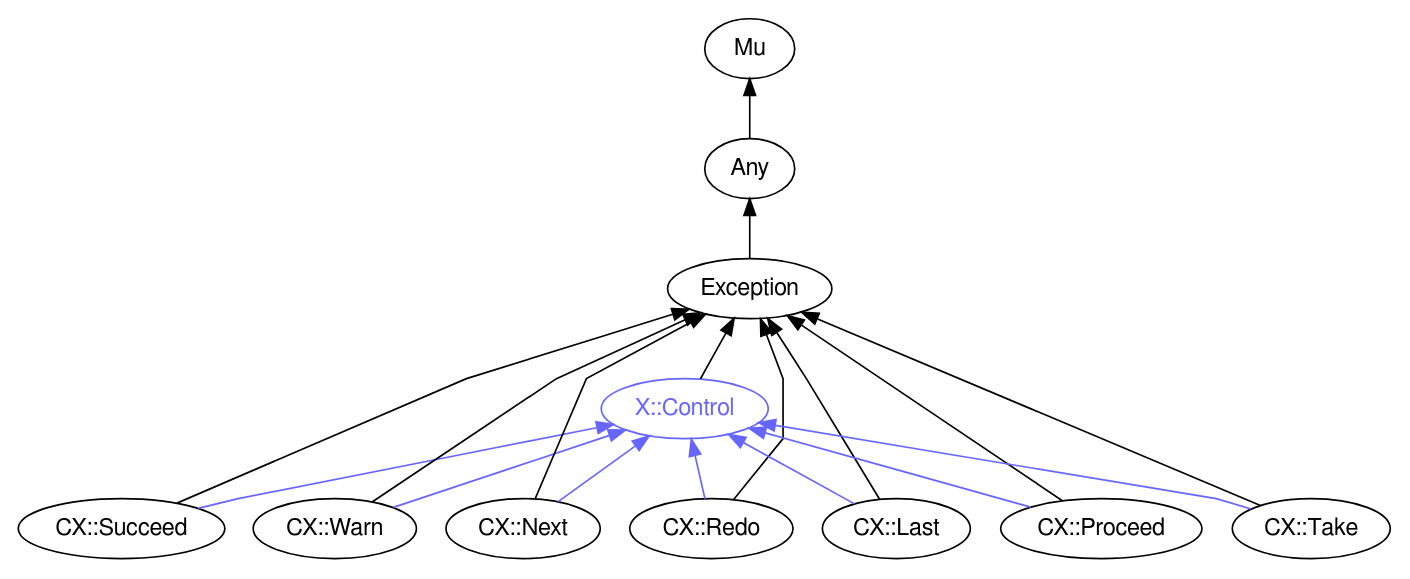
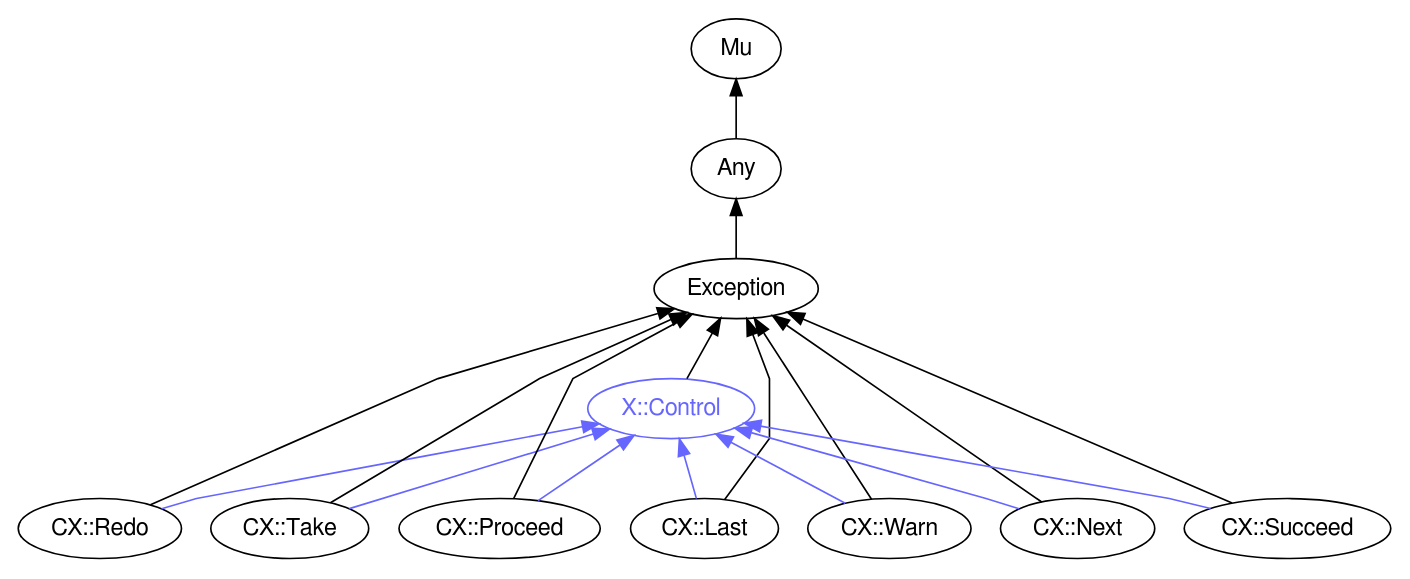
The diagram in images/type-graph-X::Control.svg.dot (perl6docs/perl6docs.github.io), drawn with Graphviz before and after one commit. The commit also changed other lines of this file and 4392 other files, not shown here.

```diff
--- a/images/type-graph-X::Control.svg.dot
+++ b/images/type-graph-X::Control.svg.dot
@@ -1,38 +1,38 @@
 digraph "perl6-type-graph" {
     rankdir=BT;
     splines=polyline;
     overlap=false; 
     // Types
     "X::Control" [color="#6666FF", fontcolor="#6666FF", href="/type/X::Control", fontname="FreeSans"];
     "Mu" [color="#000000", fontcolor="#000000", href="/type/Mu", fontname="FreeSans"];
     "Any" [color="#000000", fontcolor="#000000", href="/type/Any", fontname="FreeSans"];
     "Exception" [color="#000000", fontcolor="#000000", href="/type/Exception", fontname="FreeSans"];
-    "CX::Succeed" [color="#000000", fontcolor="#000000", href="/type/CX::Succeed", fontname="FreeSans"];
+    "CX::Redo" [color="#000000", fontcolor="#000000", href="/type/CX::Redo", fontname="FreeSans"];
+    "CX::Take" [color="#000000", fontcolor="#000000", href="/type/CX::Take", fontname="FreeSans"];
+    "CX::Proceed" [color="#000000", fontcolor="#000000", href="/type/CX::Proceed", fontname="FreeSans"];
+    "CX::Last" [color="#000000", fontcolor="#000000", href="/type/CX::Last", fontname="FreeSans"];
     "CX::Warn" [color="#000000", fontcolor="#000000", href="/type/CX::Warn", fontname="FreeSans"];
     "CX::Next" [color="#000000", fontcolor="#000000", href="/type/CX::Next", fontname="FreeSans"];
-    "CX::Redo" [color="#000000", fontcolor="#000000", href="/type/CX::Redo", fontname="FreeSans"];
-    "CX::Last" [color="#000000", fontcolor="#000000", href="/type/CX::Last", fontname="FreeSans"];
-    "CX::Proceed" [color="#000000", fontcolor="#000000", href="/type/CX::Proceed", fontname="FreeSans"];
-    "CX::Take" [color="#000000", fontcolor="#000000", href="/type/CX::Take", fontname="FreeSans"];
+    "CX::Succeed" [color="#000000", fontcolor="#000000", href="/type/CX::Succeed", fontname="FreeSans"];
 
     // Superclasses
     "X::Control" -> "Exception" [color="#000000"];
     "Any" -> "Mu" [color="#000000"];
     "Exception" -> "Any" [color="#000000"];
-    "CX::Succeed" -> "Exception" [color="#000000"];
+    "CX::Redo" -> "Exception" [color="#000000"];
+    "CX::Take" -> "Exception" [color="#000000"];
+    "CX::Proceed" -> "Exception" [color="#000000"];
+    "CX::Last" -> "Exception" [color="#000000"];
     "CX::Warn" -> "Exception" [color="#000000"];
     "CX::Next" -> "Exception" [color="#000000"];
-    "CX::Redo" -> "Exception" [color="#000000"];
-    "CX::Last" -> "Exception" [color="#000000"];
-    "CX::Proceed" -> "Exception" [color="#000000"];
-    "CX::Take" -> "Exception" [color="#000000"];
+    "CX::Succeed" -> "Exception" [color="#000000"];
 
     // Roles
-    "CX::Succeed" -> "X::Control" [color="#6666FF"];
+    "CX::Redo" -> "X::Control" [color="#6666FF"];
+    "CX::Take" -> "X::Control" [color="#6666FF"];
+    "CX::Proceed" -> "X::Control" [color="#6666FF"];
+    "CX::Last" -> "X::Control" [color="#6666FF"];
     "CX::Warn" -> "X::Control" [color="#6666FF"];
     "CX::Next" -> "X::Control" [color="#6666FF"];
-    "CX::Redo" -> "X::Control" [color="#6666FF"];
-    "CX::Last" -> "X::Control" [color="#6666FF"];
-    "CX::Proceed" -> "X::Control" [color="#6666FF"];
-    "CX::Take" -> "X::Control" [color="#6666FF"];
+    "CX::Succeed" -> "X::Control" [color="#6666FF"];
 }
```
